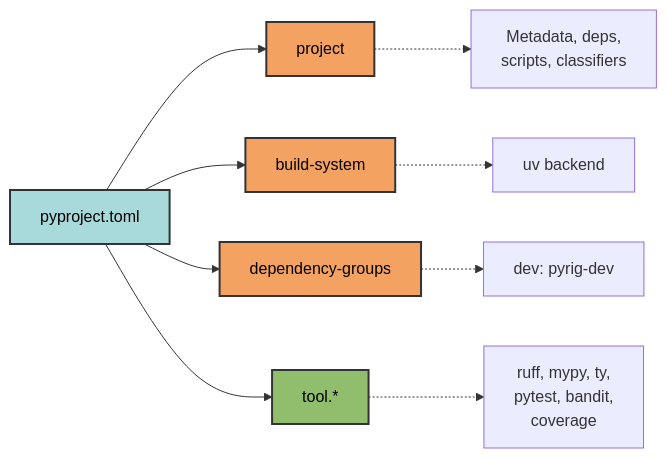
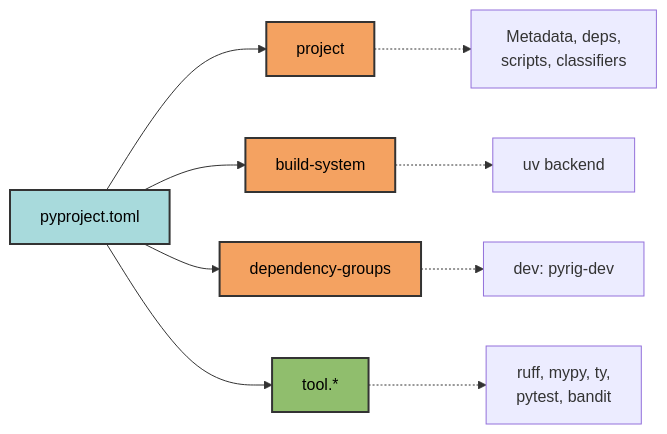
One commit to Winipedia/pyrig changed the second of 2 diagrams in docs/configs/pyproject.md. Above: the diagram before and after it, drawn with Mermaid. The commit also changed other lines of this file and 45 other files, not shown here.

````diff
--- a/docs/configs/pyproject.md
+++ b/docs/configs/pyproject.md
@@ -43,18 +43,18 @@
 ```mermaid
 graph LR
     A[pyproject.toml] --> B[project]
     A --> C[build-system]
     A --> D[dependency-groups]
     A --> E[tool.*]
 
     B -.-> B1[Metadata, deps,<br/>scripts, classifiers]
     C -.-> C1[uv backend]
     D -.-> D1[dev: pyrig-dev]
-    E -.-> E1[ruff, mypy, ty,<br/>pytest, bandit,<br/>coverage]
+    E -.-> E1[ruff, mypy, ty,<br/>pytest, bandit]
 
     style A fill:#a8dadc,stroke:#333,stroke-width:2px,color:#000
     style B fill:#f4a261,stroke:#333,stroke-width:2px,color:#000
     style C fill:#f4a261,stroke:#333,stroke-width:2px,color:#000
     style D fill:#f4a261,stroke:#333,stroke-width:2px,color:#000
     style E fill:#90be6d,stroke:#333,stroke-width:2px,color:#000
 ```
````
